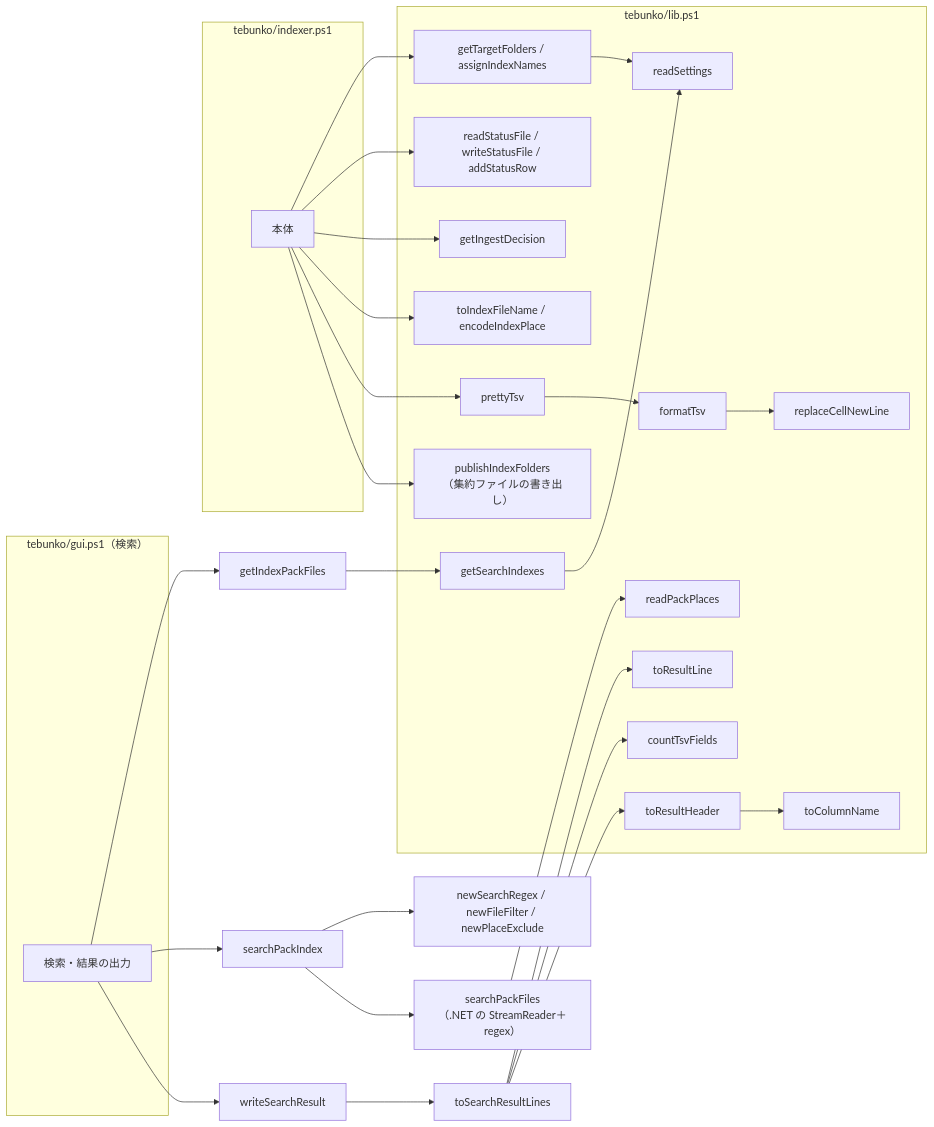
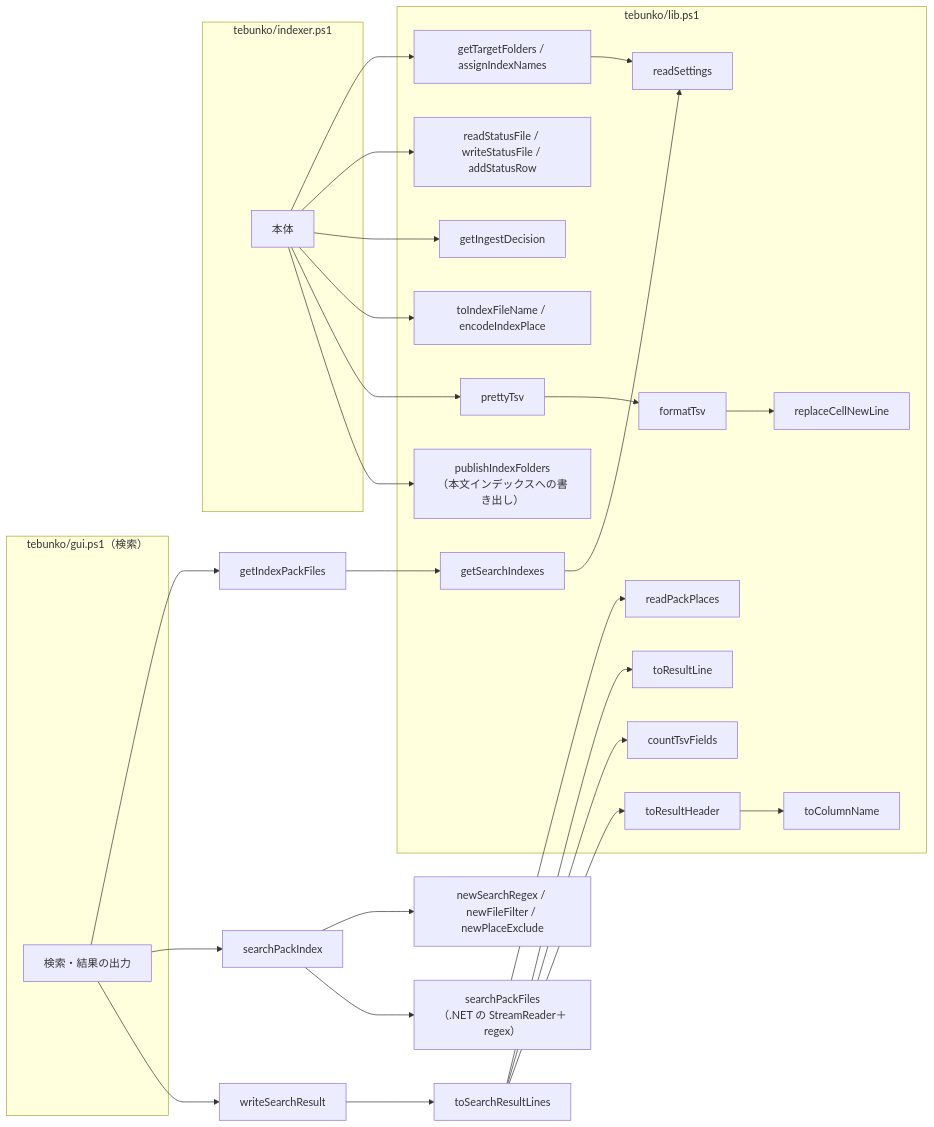
One commit to hsgwa/tebunko changed the second of 4 diagrams in docs/design/architecture/modules.md. Above: the diagram before and after it, drawn with Mermaid. The commit also changed other lines of this file and 27 other files, not shown here.

````diff
--- a/docs/design/architecture/modules.md
+++ b/docs/design/architecture/modules.md
@@ -262,41 +262,41 @@
 ```mermaid
 flowchart LR
     subgraph OTS["tebunko/indexer.ps1"]
         OT["本体"]
     end
     subgraph GRS["tebunko/gui.ps1（検索）"]
         GR["検索・結果の出力"]
     end
     subgraph CMS["tebunko/lib.ps1"]
         RCL["readSettings"]
         RSF["readStatusFile / writeStatusFile / addStatusRow"]
         GTF["getTargetFolders / assignIndexNames"]
         GID["getIngestDecision"]
         GIF["getSearchIndexes"]
         TSF["toIndexFileName / encodeIndexPlace"]
         RNL["replaceCellNewLine"]
         FT["formatTsv"]
         PT["prettyTsv"]
-        PUB["publishIndexFolders<br>（集約ファイルの書き出し）"]
+        PUB["publishIndexFolders<br>（本文インデックスへの書き出し）"]
         RPP["readPackPlaces"]
         TRL["toResultLine"]
         CTF["countTsvFields"]
         TRH["toResultHeader"]
         TCN["toColumnName"]
     end
 
     OT --> GTF --> RCL
     OT --> RSF
     OT --> GID
     OT --> TSF
     OT --> PT --> FT --> RNL
     OT --> PUB
     GR --> ITF["getIndexPackFiles"] --> GIF --> RCL
     GR --> SI["searchPackIndex"]
     SI --> NSR["newSearchRegex / newFileFilter / newPlaceExclude"]
     SI --> STF["searchPackFiles<br>（.NET の StreamReader＋regex）"] --> RPP
     GR --> WSR["writeSearchResult"] --> TSR["toSearchResultLines"]
     TSR --> TRL
     TSR --> CTF
     TSR --> TRH --> TCN
 ```
````
